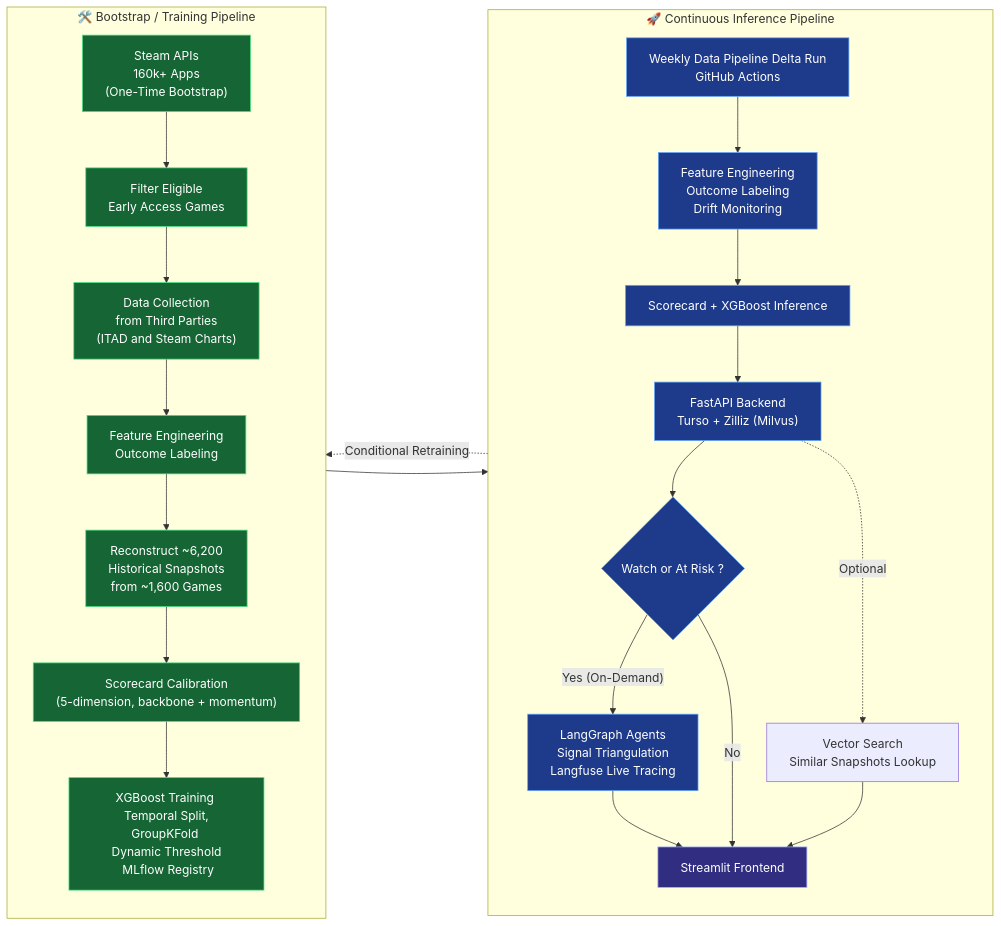
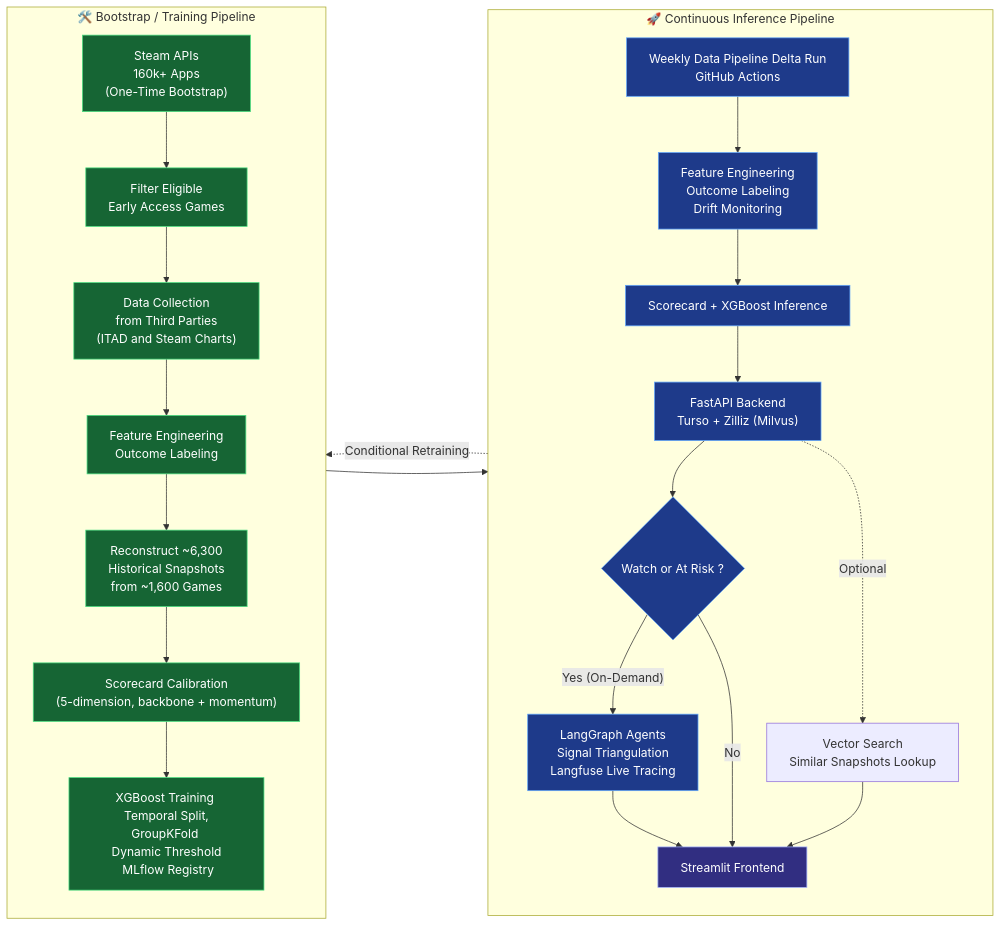
Before and after one commit to Yiu-dororong/EARLY: the diagram in docs/technical.md, drawn with Mermaid. The commit also changed other lines of this file and 4 other files, not shown here.

````diff
--- a/docs/technical.md
+++ b/docs/technical.md
@@ -30,58 +30,58 @@
 ```mermaid
 flowchart RL
 
         subgraph Bootstrap ["🛠️ Bootstrap / Training Pipeline"]
             direction TB
 
             A["Steam APIs<br/>160k+ Apps<br/>(One-Time Bootstrap)"] --> B[Filter Eligible <br/> Early Access Games]
             
             B --> C["Data Collection<br/>from Third Parties<br/>(ITAD and Steam Charts)"]
 
             C --> D[Feature Engineering<br/>Outcome Labeling]
 
-            D --> E[Reconstruct ~6,200 <br/>Historical Snapshots<br/> from ~1,600 Games]
+            D --> E[Reconstruct ~6,300 <br/>Historical Snapshots<br/> from ~1,600 Games]
 
             E --> F["<span style='white-space:nowrap;'>Scorecard Calibration<br/> (5-dimension, backbone + momentum)"]
 
             F --> G[XGBoost Training <br/> Temporal Split, GroupKFold <br/> Dynamic Threshold <br/> MLflow Registry]
 
             
 
         end
 
         subgraph Inference ["🚀 Continuous Inference Pipeline"]
             direction TB
             H["<span style='white-space:nowrap;'>Weekly Data Pipeline Delta Run<br/>GitHub Actions"] 
             --> I[Feature Engineering<br/>Outcome Labeling<br/>Drift Monitoring]
 
             I --> J["<span style='white-space:nowrap;'>Scorecard + XGBoost Inference</span>"]
 
             J --> K["FastAPI Backend<br/>Turso + Zilliz (Milvus)"]
 
             K --> L{Watch or At Risk ?}
 
             L -- "Yes (On-Demand)" --> M["LangGraph Agents <br/>Signal Triangulation <br/>Langfuse Live Tracing"]
 
             M --> O[Streamlit Frontend]
 
             L -- No --> O
 
             K -. "Optional" .-> P[Vector Search<br/>Similar Snapshots Lookup]
 
             P --> O
             
         end
         
         Inference -.Conditional Retraining.-> Bootstrap
         Bootstrap --> Inference
         
         classDef train fill:#166534,stroke:#4ade80,color:#fff
         classDef infer fill:#1e3a8a,stroke:#60a5fa,color:#fff
         classDef ui fill:#312e81,stroke:#a5b4fc,color:#fff
 
         class A,B,C,D,E,F,G train
         class H,I,J,K,L,M,N,O infer
         class O ui
 
 
 ```
````
